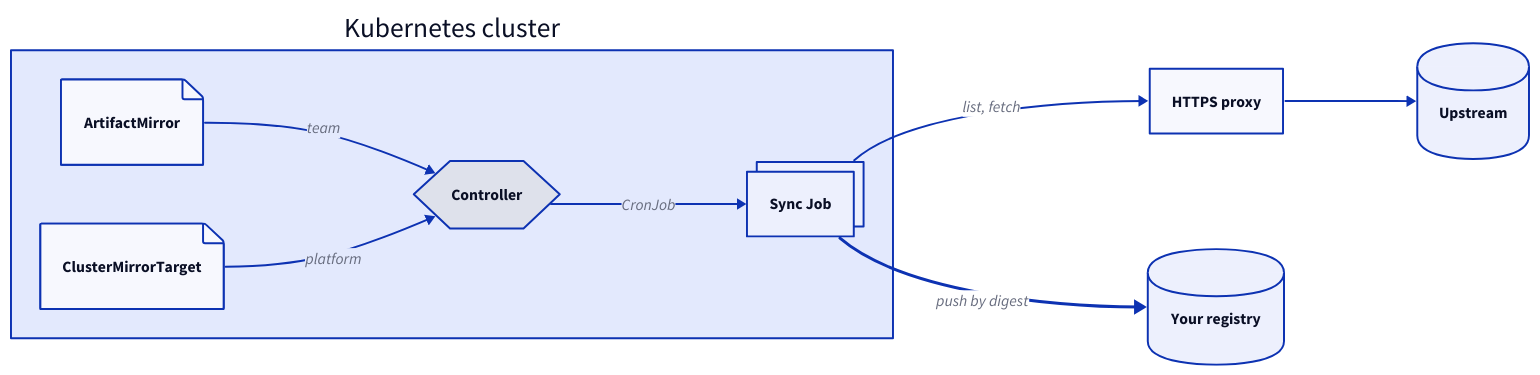
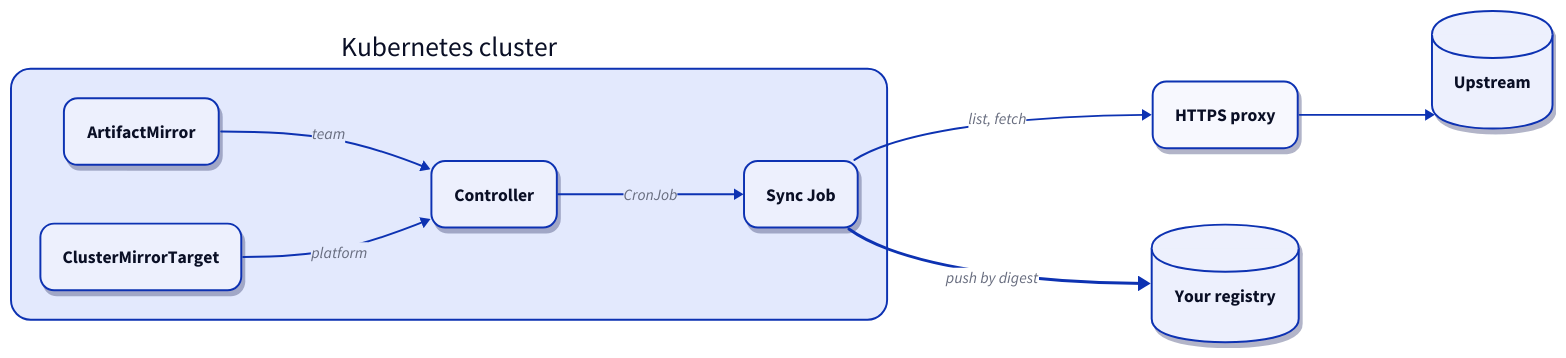
The diagram in docs/assets/how-it-works.d2 (r-gawronski/tagwarden), drawn with D2 before and after one commit. The commit also changed 10 other files, not shown here.

Commit message:
docs: hand-drawn diagram variants

```diff
--- a/docs/assets/how-it-works.d2
+++ b/docs/assets/how-it-works.d2
@@ -1,24 +1,31 @@
-# Source of how-it-works-light.svg and how-it-works-dark.svg.
+# Source of the how-it-works-*.svg diagrams.
 # Render:
-#   d2 --theme 0 --pad 20 how-it-works.d2 how-it-works-light.svg
-#   d2 --theme 200 --pad 20 how-it-works.d2 how-it-works-dark.svg
+#   d2 --theme 0 --pad 40 how-it-works.d2 how-it-works-light.svg
+#   d2 --theme 200 --pad 40 how-it-works.d2 how-it-works-dark.svg
+#   add --sketch for the how-it-works-sketch-*.svg variants
 direction: right
 
+classes: {
+  node: {style: {border-radius: 14; shadow: true; font-size: 18}}
+  store: {shape: cylinder; style: {shadow: true; font-size: 18}}
+}
+
 cluster: Kubernetes cluster {
-  mirror: ArtifactMirror {shape: page}
-  target: ClusterMirrorTarget {shape: page}
-  controller: Controller {shape: hexagon}
-  job: Sync Job {style.multiple: true}
+  style.border-radius: 20
+  mirror: ArtifactMirror {class: node}
+  target: ClusterMirrorTarget {class: node}
+  controller: Controller {class: node}
+  job: Sync Job {class: node}
 
   mirror -> controller: team
   target -> controller: platform
   controller -> job: CronJob
 }
 
-proxy: HTTPS proxy
-upstream: Upstream {shape: cylinder}
-registry: Your registry {shape: cylinder}
+proxy: HTTPS proxy {class: node}
+upstream: Upstream {class: store}
+registry: Your registry {class: store}
 
 cluster.job -> proxy: list, fetch
 proxy -> upstream
 cluster.job -> registry: push by digest {style.stroke-width: 3}
```
